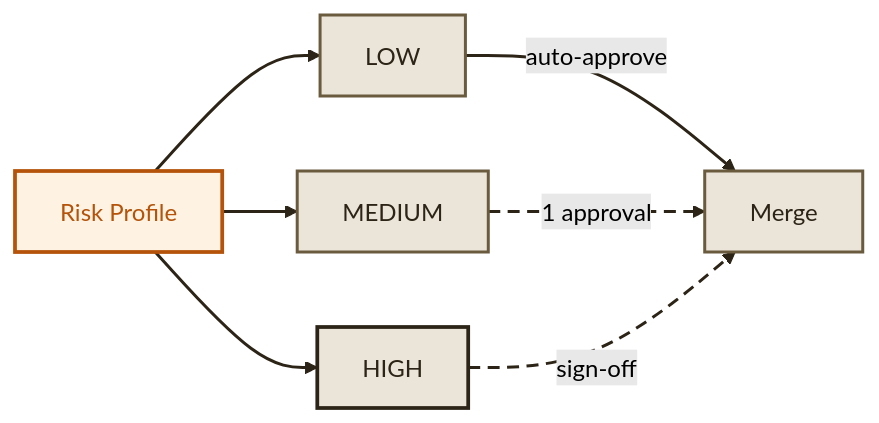
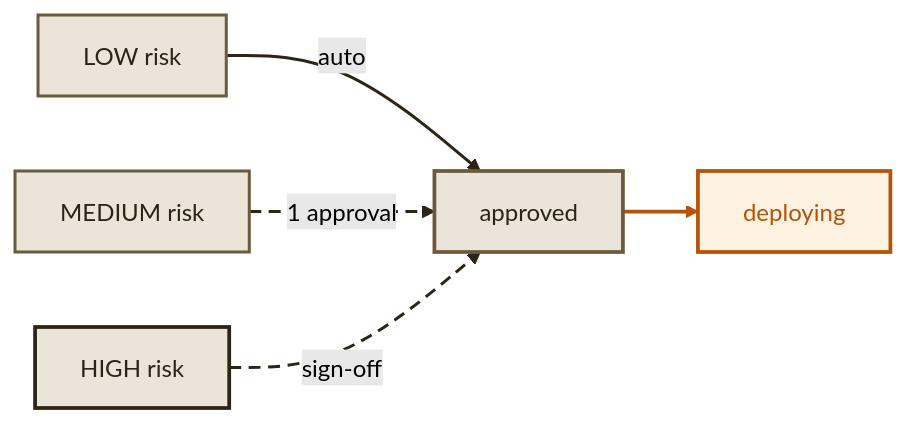
The fourth of 5 diagrams in docs/docs/pipeline.mdx (dunkinfrunkin/maestro), drawn with Mermaid (forest theme) before and after one commit. The commit also changed other lines of this file, not shown here.

````diff
--- a/docs/docs/pipeline.mdx
+++ b/docs/docs/pipeline.mdx
@@ -121,22 +110,18 @@
 ```mermaid
 graph LR
-  RP["Risk Profile"] --> LOW["LOW"]
-  RP --> MED["MEDIUM"]
-  RP --> HIGH["HIGH"]
-  LOW -- "auto-approve" --> MERGE["Merge"]
-  MED -- "1 approval" --> MERGE
-  HIGH -- "sign-off" --> MERGE
+  LOW["LOW risk"] -- "auto" --> APP["approved"]
+  MED["MEDIUM risk"] -- "1 approval" --> APP
+  HIGH["HIGH risk"] -- "sign-off" --> APP
+  APP --> DEP["deploying"]
 
-  style RP fill:#fef3e2,stroke:#b45309,stroke-width:2.5px,color:#b45309
   style LOW fill:#ebe5d9,stroke:#6b5b3e,stroke-width:2px,color:#2c2416
   style MED fill:#ebe5d9,stroke:#6b5b3e,stroke-width:2px,color:#2c2416
   style HIGH fill:#ebe5d9,stroke:#2c2416,stroke-width:2.5px,color:#2c2416
-  style MERGE fill:#ebe5d9,stroke:#6b5b3e,stroke-width:2px,color:#2c2416
+  style APP fill:#ebe5d9,stroke:#6b5b3e,stroke-width:2.5px,color:#2c2416
+  style DEP fill:#fef3e2,stroke:#b45309,stroke-width:2.5px,color:#b45309
 
   linkStyle 0 stroke:#2c2416,stroke-width:2px
-  linkStyle 1 stroke:#2c2416,stroke-width:2px
-  linkStyle 2 stroke:#2c2416,stroke-width:2px
-  linkStyle 3 stroke:#2c2416,stroke-width:2px
-  linkStyle 4 stroke:#2c2416,stroke-width:2px,stroke-dasharray:8 5
-  linkStyle 5 stroke:#2c2416,stroke-width:2px,stroke-dasharray:8 5
+  linkStyle 1 stroke:#2c2416,stroke-width:2px,stroke-dasharray:8 5
+  linkStyle 2 stroke:#2c2416,stroke-width:2px,stroke-dasharray:8 5
+  linkStyle 3 stroke:#b45309,stroke-width:2.5px
 ```
````
